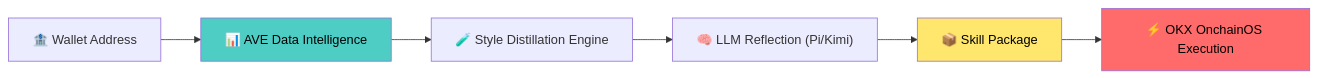
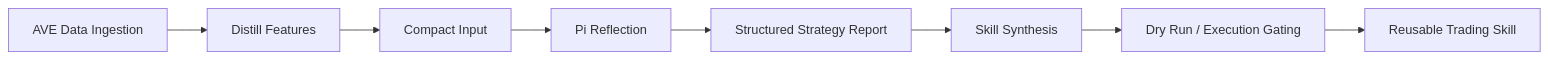
The diagram in README.md (DESONGs/0t-skill-hackson), drawn with Mermaid before and after one commit. The commit also changed other lines of this file, not shown here.

Commit message:
Rewrite README for 0T-Skill V2

````diff
--- a/README.md
+++ b/README.md
@@ -9,12 +45,10 @@
 ```mermaid
 flowchart LR
-    W["🏦 Wallet Address"] --> AVE["📊 AVE Data Intelligence"]
-    AVE --> D["🧪 Style Distillation Engine"]
-    D --> R["🧠 LLM Reflection (Pi/Kimi)"]
-    R --> S["📦 Skill Package"]
-    S --> OKX["⚡ OKX OnchainOS Execution"]
-    
-    style AVE fill:#4ECDC4,color:#000
-    style OKX fill:#FF6B6B,color:#000
-    style S fill:#FFE66D,color:#000
+    A["AVE Data Ingestion"] --> B["Distill Features"]
+    B --> C["Compact Input"]
+    C --> D["Pi Reflection"]
+    D --> E["Structured Strategy Report"]
+    E --> F["Skill Synthesis"]
+    F --> G["Dry Run / Execution Gating"]
+    G --> H["Reusable Trading Skill"]
 ```
````
